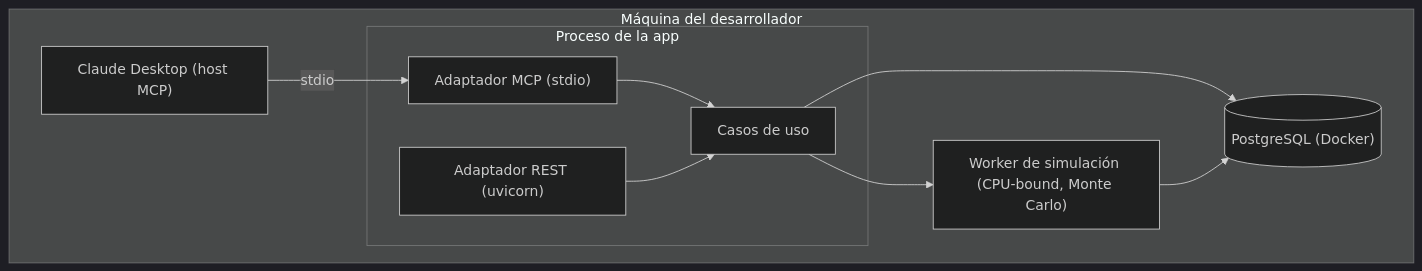
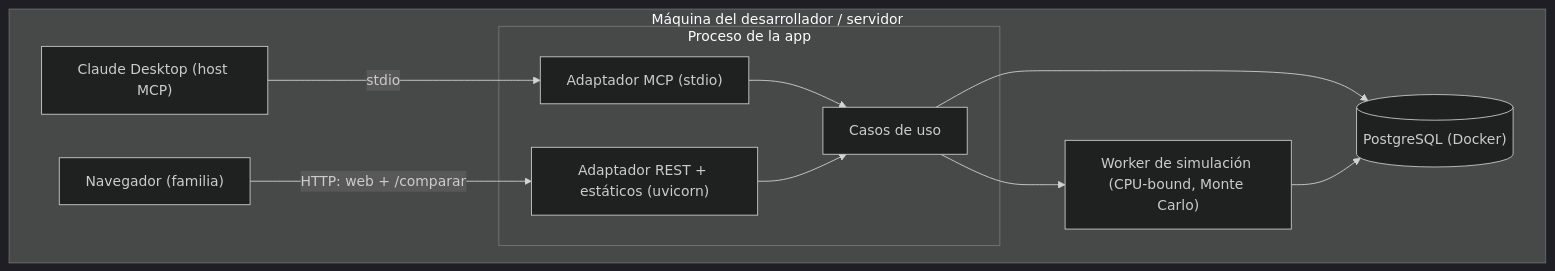
One commit to faborubio/cauce changed the fourth of 4 diagrams in SAD_Cauce_pensiones.md. Above: the diagram before and after it, drawn with Mermaid (dark theme). The commit also changed other lines of this file and 8 other files, not shown here.

````diff
--- a/SAD_Cauce_pensiones.md
+++ b/SAD_Cauce_pensiones.md
@@ -298,19 +304,21 @@
 ```mermaid
 graph TD
-    subgraph Maquina["Máquina del desarrollador"]
+    subgraph Maquina["Máquina del desarrollador / servidor"]
         Claude["Claude Desktop (host MCP)"]
+        Navegador["Navegador (familia)"]
         subgraph App["Proceso de la app"]
             MCPLocal["Adaptador MCP (stdio)"]
-            APILocal["Adaptador REST (uvicorn)"]
+            APILocal["Adaptador REST + estáticos (uvicorn)"]
             UC["Casos de uso"]
         end
         Worker["Worker de simulación (CPU-bound, Monte Carlo)"]
         PG[("PostgreSQL (Docker)")]
     end
     Claude -->|stdio| MCPLocal
+    Navegador -->|HTTP: web + /comparar| APILocal
     MCPLocal --> UC
     APILocal --> UC
     UC --> Worker
     UC --> PG
     Worker --> PG
 ```
````
